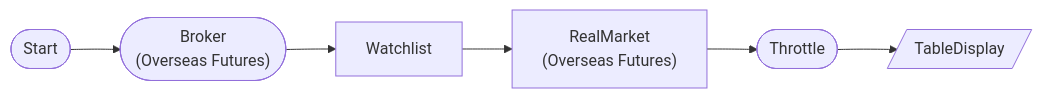
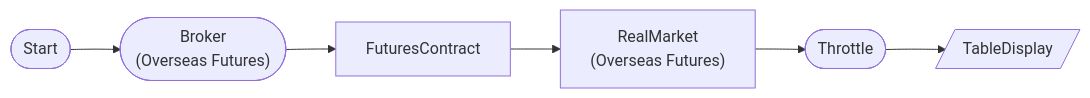
One commit to programgarden/programgarden changed the diagram in src/programgarden/examples/workflows/39-realtime-futures-tick.md. Above: the diagram before and after it, drawn with Mermaid. The commit also changed other lines of this file and 43 other files, not shown here.

First line of the commit message:
feat(futures): 월물 하드코딩 근본 제거 — FuturesContractNode 신설 + 예제 16건 전환

````diff
--- a/src/programgarden/examples/workflows/39-realtime-futures-tick.md
+++ b/src/programgarden/examples/workflows/39-realtime-futures-tick.md
@@ -7,16 +7,16 @@
 ```mermaid
 graph LR
     start(["Start"])
     broker(["Broker
 (Overseas Futures)"])
-    watchlist["Watchlist"]
+    contract["FuturesContract"]
     realtime["RealMarket
 (Overseas Futures)"]
     throttle(["Throttle"])
     display[/"TableDisplay"/]
     start --> broker
-    broker --> watchlist
-    watchlist --> realtime
+    broker --> contract
+    contract --> realtime
     realtime --> throttle
     throttle --> display
 ```
````
